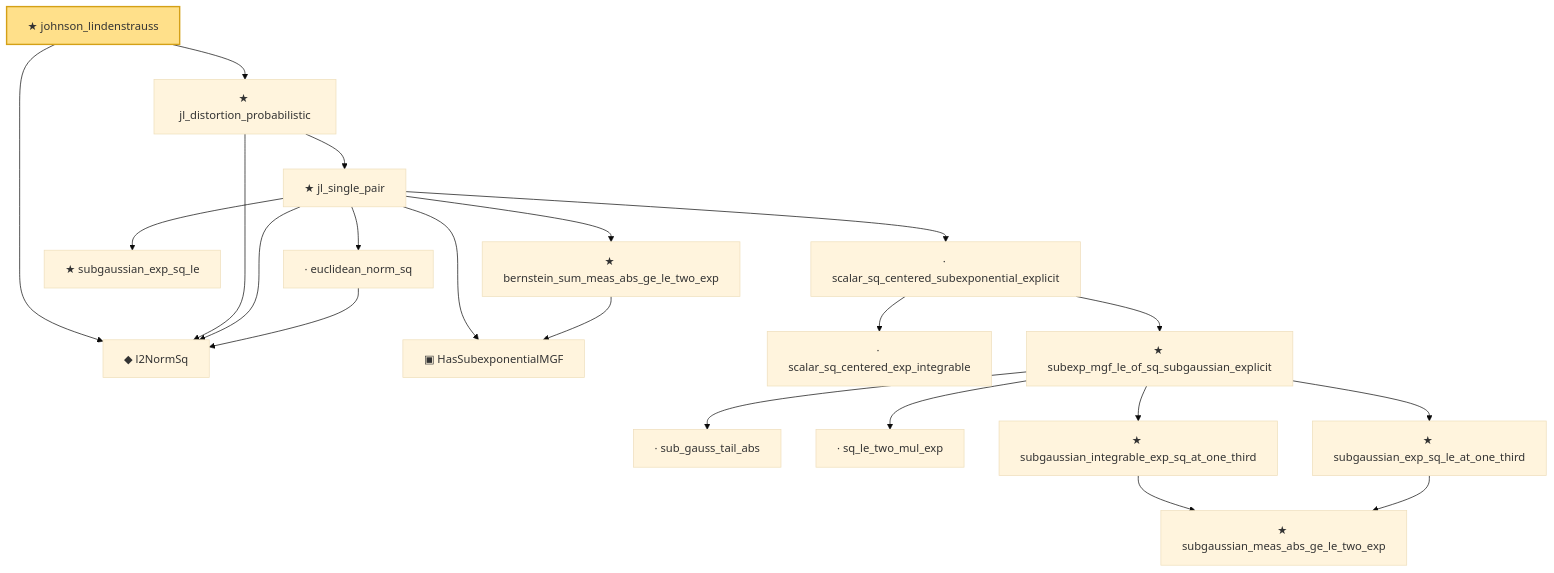
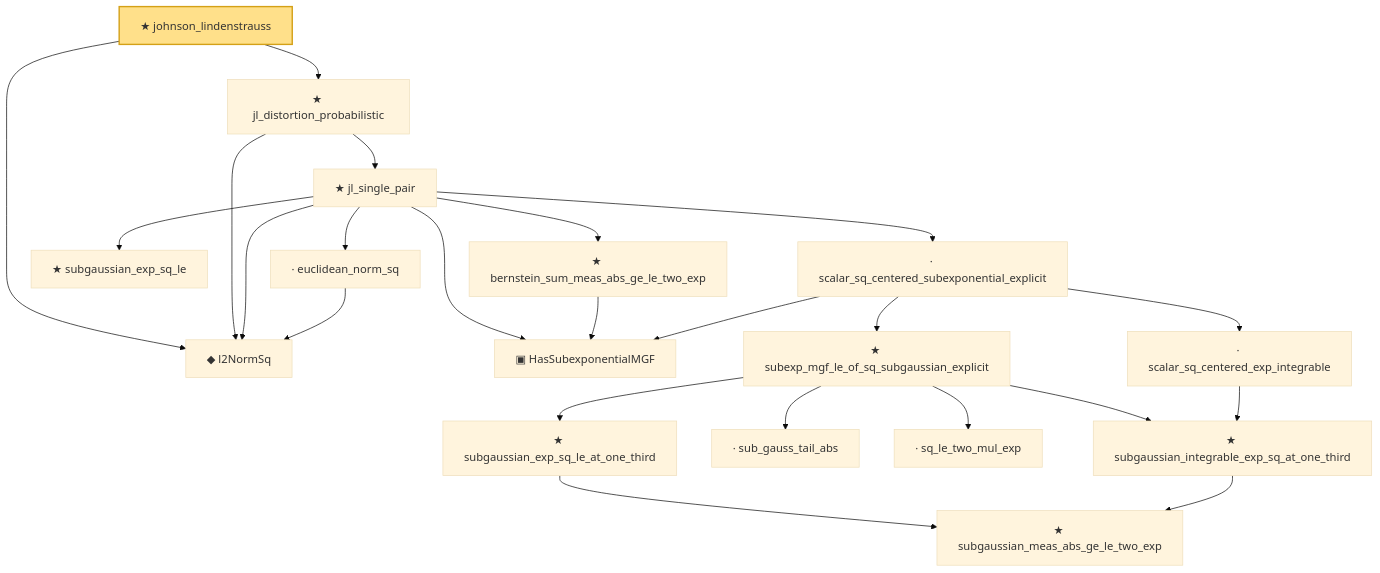
Before and after one commit to statopia/statlib-site: the diagram in public/narratives/HighDim/johnson_lindenstrauss.md, drawn with Mermaid (base theme). The commit also changed other lines of this file and 128 other files, not shown here.

````diff
--- a/public/narratives/HighDim/johnson_lindenstrauss.md
+++ b/public/narratives/HighDim/johnson_lindenstrauss.md
@@ -27,42 +27,44 @@
 ```mermaid
 flowchart TD
   n0["◆ l2NormSq"]
   n1["· euclidean_norm_sq"]
   n2["★ subgaussian_exp_sq_le"]
   n3["▣ HasSubexponentialMGF"]
-  n4["· scalar_sq_centered_exp_integrable"]
-  n5["· sub_gauss_tail_abs"]
-  n6["· sq_le_two_mul_exp"]
-  n7["★ subgaussian_meas_abs_ge_le_two_exp"]
-  n8["★ subgaussian_exp_sq_le_at_one_third"]
-  n9["★ subgaussian_integrable_exp_sq_at_one_third"]
+  n4["★ subgaussian_meas_abs_ge_le_two_exp"]
+  n5["★ subgaussian_integrable_exp_sq_at_one_third"]
+  n6["· scalar_sq_centered_exp_integrable"]
+  n7["· sub_gauss_tail_abs"]
+  n8["· sq_le_two_mul_exp"]
+  n9["★ subgaussian_exp_sq_le_at_one_third"]
   n10["★ subexp_mgf_le_of_sq_subgaussian_explicit"]
   n11["· scalar_sq_centered_subexponential_explicit"]
   n12["★ bernstein_sum_meas_abs_ge_le_two_exp"]
   n13["★ jl_single_pair"]
   n14["★ jl_distortion_probabilistic"]
   n15["★ johnson_lindenstrauss"]
   n1 --> n0
-  n8 --> n7
-  n9 --> n7
-  n10 --> n5
-  n10 --> n6
+  n5 --> n4
+  n6 --> n5
+  n9 --> n4
+  n10 --> n7
   n10 --> n8
   n10 --> n9
-  n11 --> n4
+  n10 --> n5
+  n11 --> n3
+  n11 --> n6
   n11 --> n10
   n12 --> n3
   n13 --> n0
   n13 --> n1
   n13 --> n2
   n13 --> n3
   n13 --> n11
   n13 --> n12
   n14 --> n0
   n14 --> n13
   n15 --> n0
   n15 --> n14
   class n15 headline;
   classDef headline fill:#ffe08a,stroke:#d4a017,stroke-width:2px;
   classDef axiomNode fill:#ffd0d0,stroke:#c0392b,stroke-dasharray:4 2;
 ```
````
